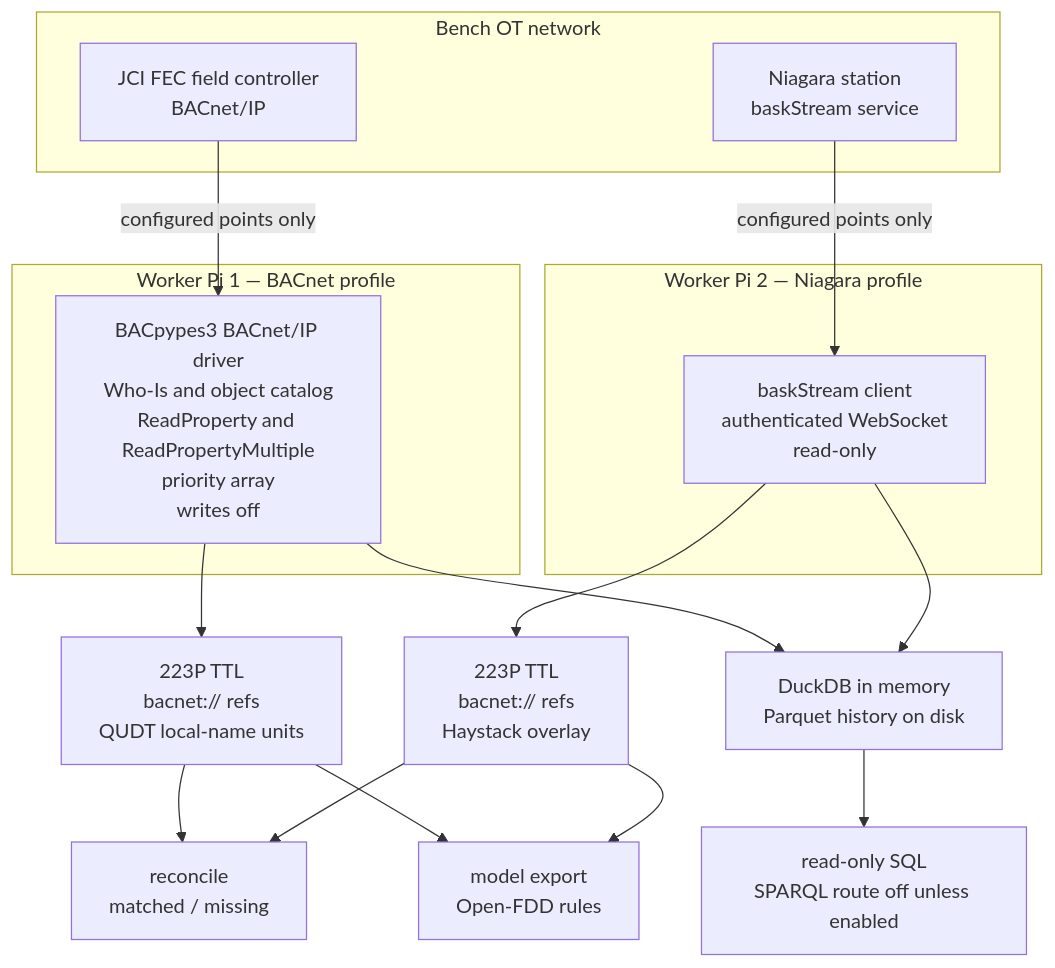
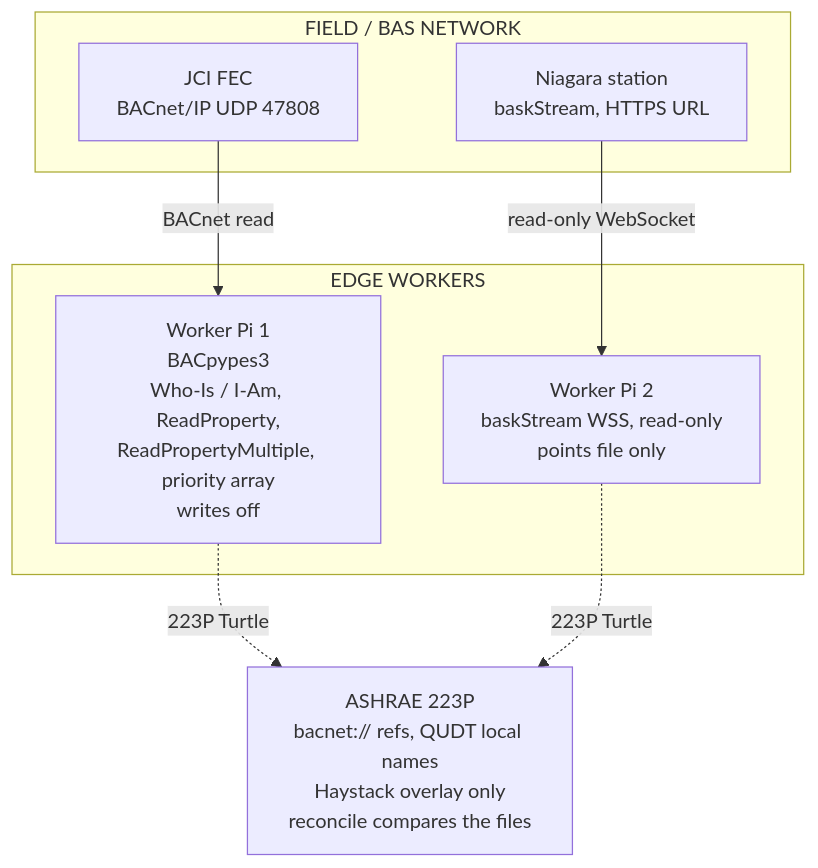
One commit to bbartling/bask-223p changed the diagram in docs/architecture/test-bench.mmd. Above: the diagram before and after it, drawn with Mermaid. The commit also changed 5 other files, not shown here.

First line of the commit message:
Redraw the bench and campus diagrams by hand.

```diff
--- a/docs/architecture/test-bench.mmd
+++ b/docs/architecture/test-bench.mmd
@@ -1,25 +1,14 @@
 flowchart TB
-  subgraph ot [Bench OT network]
-    FEC["JCI FEC field controller\nBACnet/IP"]
-    STA["Niagara station\nbaskStream service"]
+  subgraph field [FIELD / BAS NETWORK]
+    FEC["JCI FEC\nBACnet/IP UDP 47808"]
+    STA["Niagara station\nbaskStream, HTTPS URL"]
   end
-
-  subgraph pi1 [Worker Pi 1 — BACnet profile]
-    BP["BACpypes3 BACnet/IP driver\nWho-Is and object catalog\nReadProperty and ReadPropertyMultiple\npriority array\nwrites off"]
+  subgraph edge [EDGE WORKERS]
+    PI1["Worker Pi 1\nBACpypes3\nWho-Is / I-Am, ReadProperty,\nReadPropertyMultiple, priority array\nwrites off"]
+    PI2["Worker Pi 2\nbaskStream WSS, read-only\npoints file only"]
   end
-
-  subgraph pi2 [Worker Pi 2 — Niagara profile]
-    BS["baskStream client\nauthenticated WebSocket\nread-only"]
-  end
-
-  FEC -->|"configured points only"| BP
-  STA -->|"configured points only"| BS
-  BP --> TTL1["223P TTL\nbacnet:// refs\nQUDT local-name units"]
-  BS --> TTL2["223P TTL\nbacnet:// refs\nHaystack overlay"]
-  TTL1 --> REC["reconcile\nmatched / missing"]
-  TTL2 --> REC
-  BP --> DB["DuckDB in memory\nParquet history on disk"]
-  BS --> DB
-  DB --> Q["read-only SQL\nSPARQL route off unless enabled"]
-  TTL1 --> EXP["model export\nOpen-FDD rules"]
-  TTL2 --> EXP
+  FEC -->|BACnet read| PI1
+  STA -->|read-only WebSocket| PI2
+  PI1 -. 223P Turtle .-> M
+  PI2 -. 223P Turtle .-> M
+  M["ASHRAE 223P\nbacnet:// refs, QUDT local names\nHaystack overlay only\nreconcile compares the files"]
```
